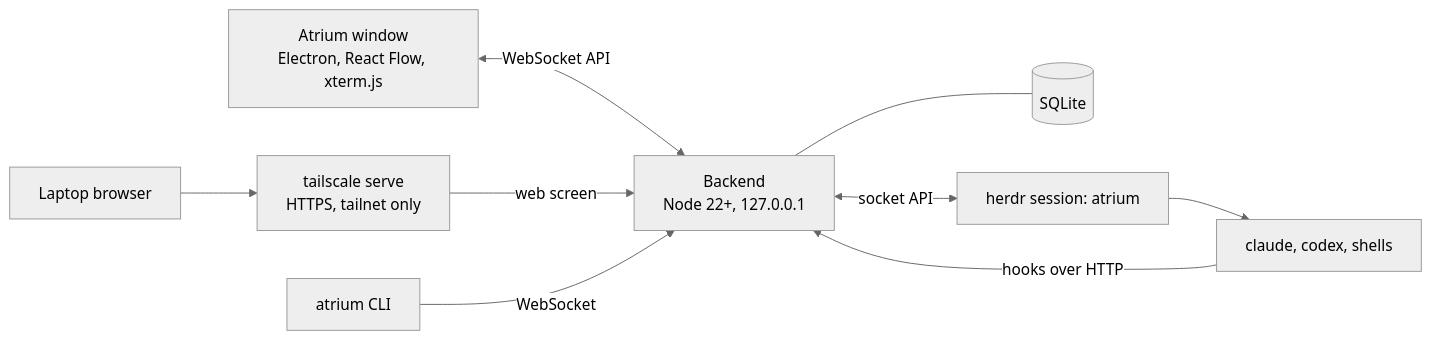
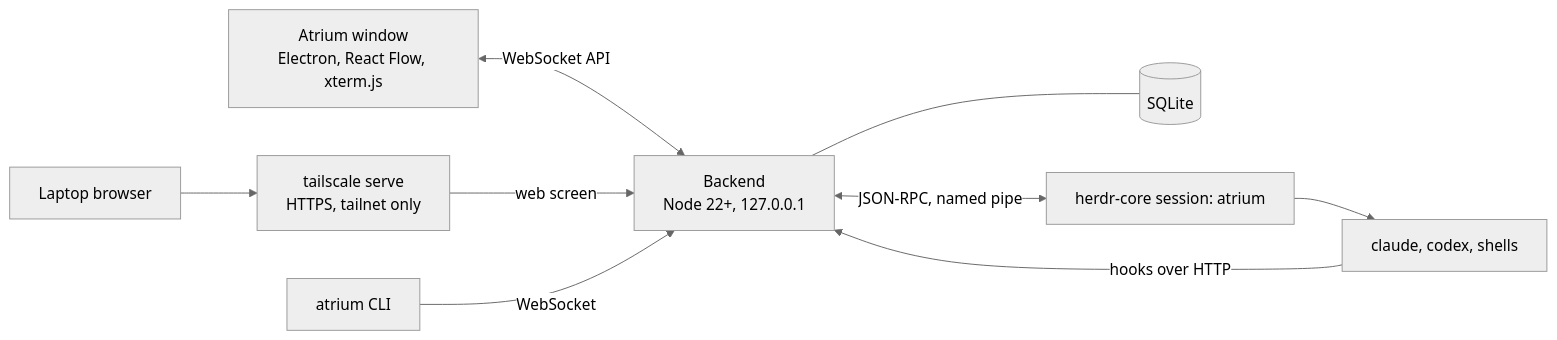
One commit to Gudals0320/atrium changed the diagram in README.md. Above: the diagram before and after it, drawn with Mermaid (neutral theme). The commit also changed other lines of this file and 4 other files, not shown here.

First line of the commit message:
README and README.ko: herdr-core as the terminal server

````diff
--- a/README.md
+++ b/README.md
@@ -218,18 +234,18 @@
 ```mermaid
 flowchart LR
   UI["Atrium window<br/>Electron, React Flow, xterm.js"]
   WEB["Laptop browser"]
   TS["tailscale serve<br/>HTTPS, tailnet only"]
   CLI["atrium CLI"]
   B["Backend<br/>Node 22+, 127.0.0.1"]
   DB[("SQLite")]
-  H["herdr session: atrium"]
+  H["herdr-core session: atrium"]
   A["claude, codex, shells"]
   UI <-->|WebSocket API| B
   WEB --> TS -->|web screen| B
   CLI -->|WebSocket| B
-  B <-->|socket API| H
+  B <-->|JSON-RPC, named pipe| H
   H --> A
   A -->|hooks over HTTP| B
   B --- DB
 ```
````
